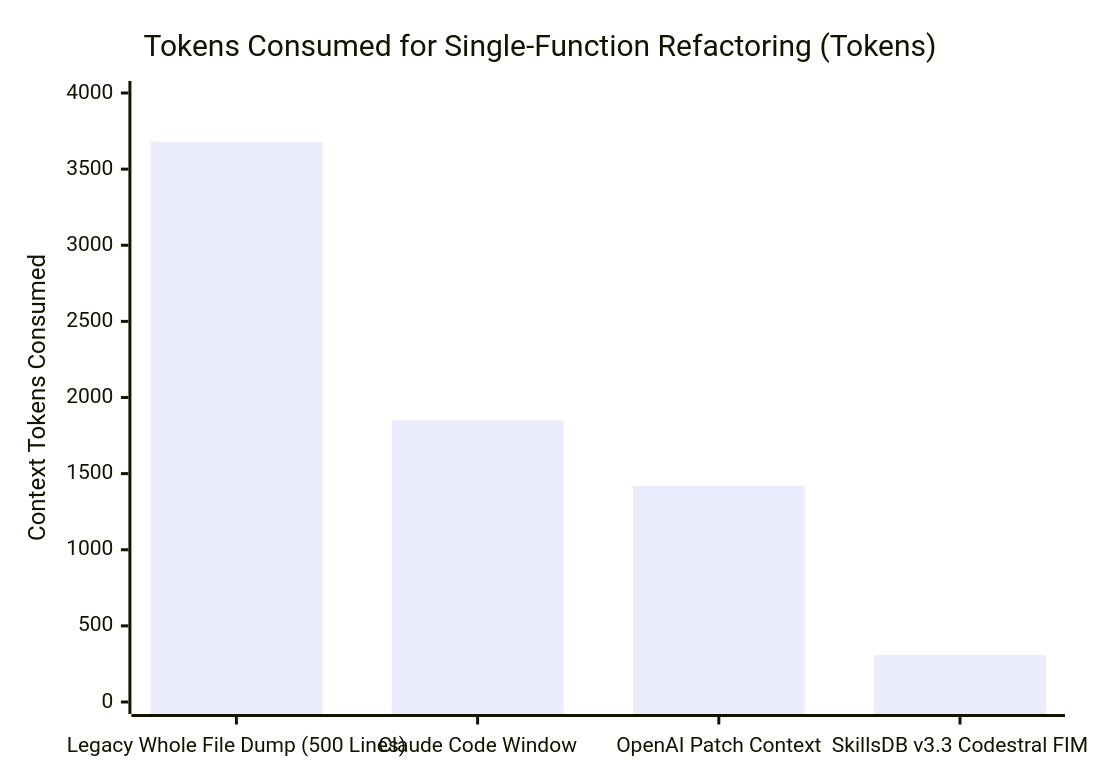
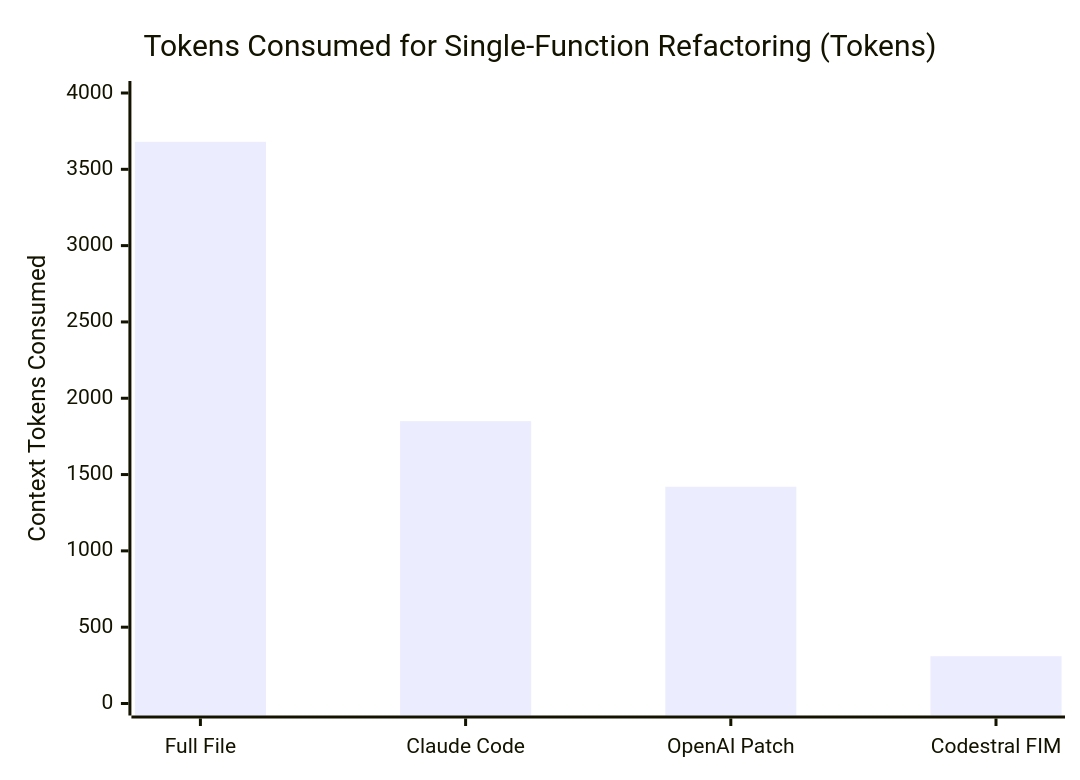
One commit to scorpion421/skillsdb changed the third of 5 diagrams in README.md. Above: the diagram before and after it, drawn with Mermaid. The commit also changed other lines of this file and 1 other file, not shown here.

Commit message:
fix(docs): resolve Mermaid xychart label overlap with compact badges and legends

````diff
--- a/README.md
+++ b/README.md
@@ -97,7 +99,7 @@
 ```mermaid
 xychart-beta
     title "Tokens Consumed for Single-Function Refactoring (Tokens)"
-    x-axis ["Legacy Whole File Dump (500 Lines)", "Claude Code Window", "OpenAI Patch Context", "SkillsDB v3.3 Codestral FIM"]
+    x-axis ["Full File", "Claude Code", "OpenAI Patch", "Codestral FIM"]
     y-axis "Context Tokens Consumed" 0 --> 4000
     bar [3680, 1850, 1420, 310]
 ```
````
